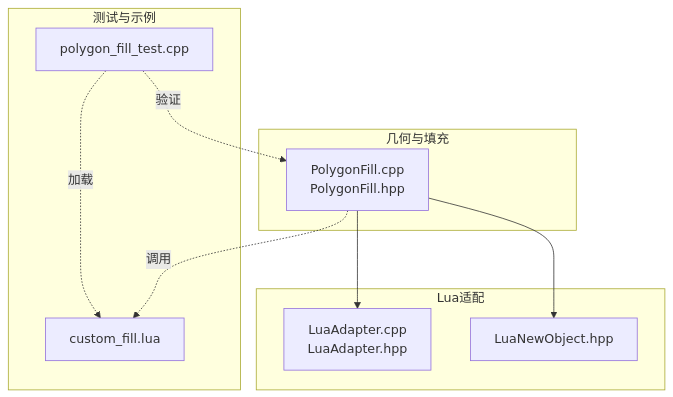
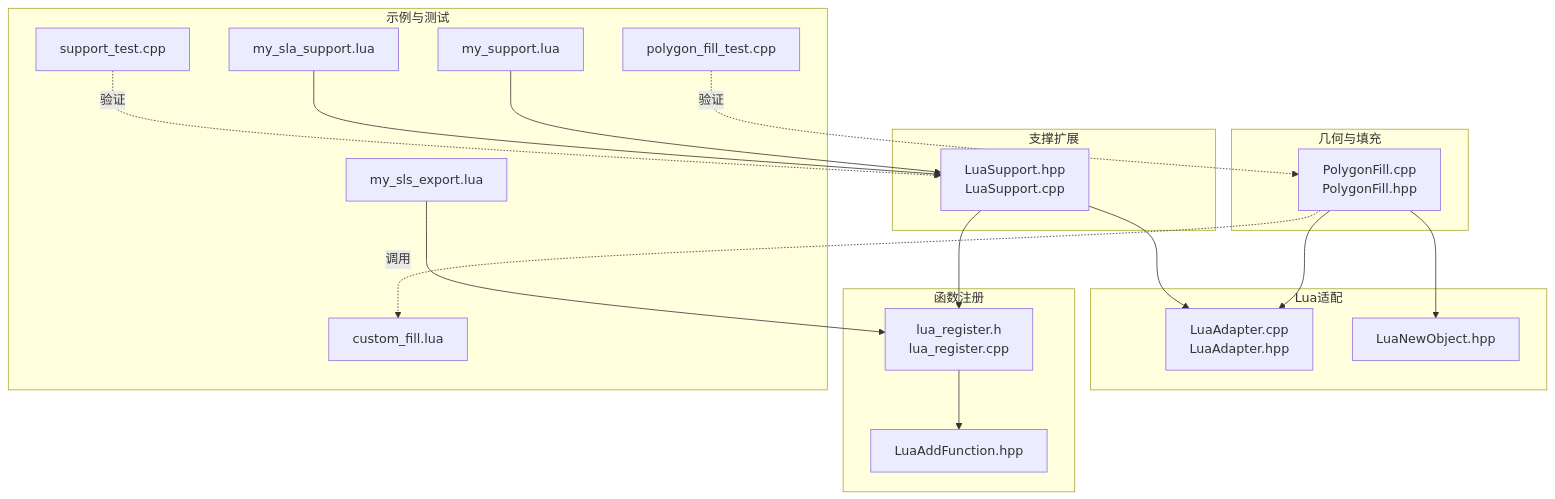
Before and after one commit to hsmbanlance/HsBaSlicer: the first of 6 diagrams in .qoder/repowiki/zh/content/扩展与集成/Lua脚本扩展.md, drawn with Mermaid. The commit also changed other lines of this file and 9 other files, not shown here.

````diff
--- a/.qoder/repowiki/zh/content/扩展与集成/Lua脚本扩展.md
+++ b/.qoder/repowiki/zh/content/扩展与集成/Lua脚本扩展.md
@@ -36,19 +56,36 @@
 ```mermaid
 graph TB
 subgraph "几何与填充"
 PF["PolygonFill.cpp<br/>PolygonFill.hpp"]
 end
 subgraph "Lua适配"
 LA["LuaAdapter.cpp<br/>LuaAdapter.hpp"]
 LNO["LuaNewObject.hpp"]
 end
-subgraph "测试与示例"
+subgraph "函数注册"
+RAF["LuaAddFunction.hpp"]
+LRH["lua_register.h<br/>lua_register.cpp"]
+end
+subgraph "支撑扩展"
+LSH["LuaSupport.hpp<br/>LuaSupport.cpp"]
+end
+subgraph "示例与测试"
 CF["custom_fill.lua"]
+MS["my_support.lua"]
+MSS["my_sla_support.lua"]
+MSE["my_sls_export.lua"]
 PFT["polygon_fill_test.cpp"]
+ST["support_test.cpp"]
 end
 PF --> LA
 PF --> LNO
 PF -. 调用 .-> CF
+LSH --> LA
+LSH --> LRH
+LRH --> RAF
+MS --> LSH
+MSS --> LSH
+MSE --> LRH
 PFT -. 验证 .-> PF
-PFT -. 加载 .-> CF
+ST -. 验证 .-> LSH
 ```
````
